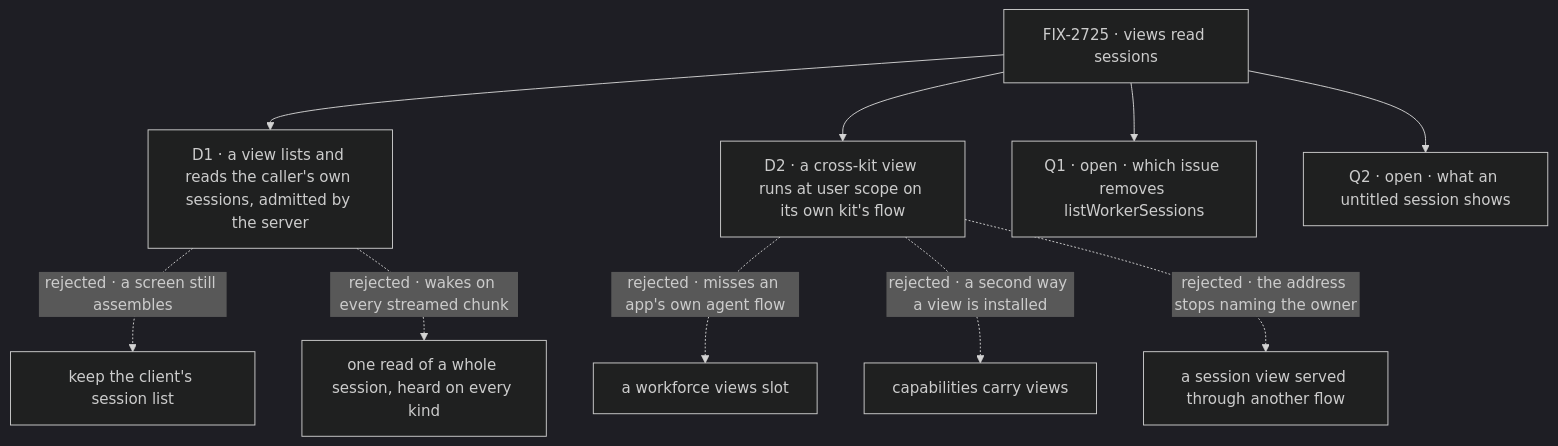
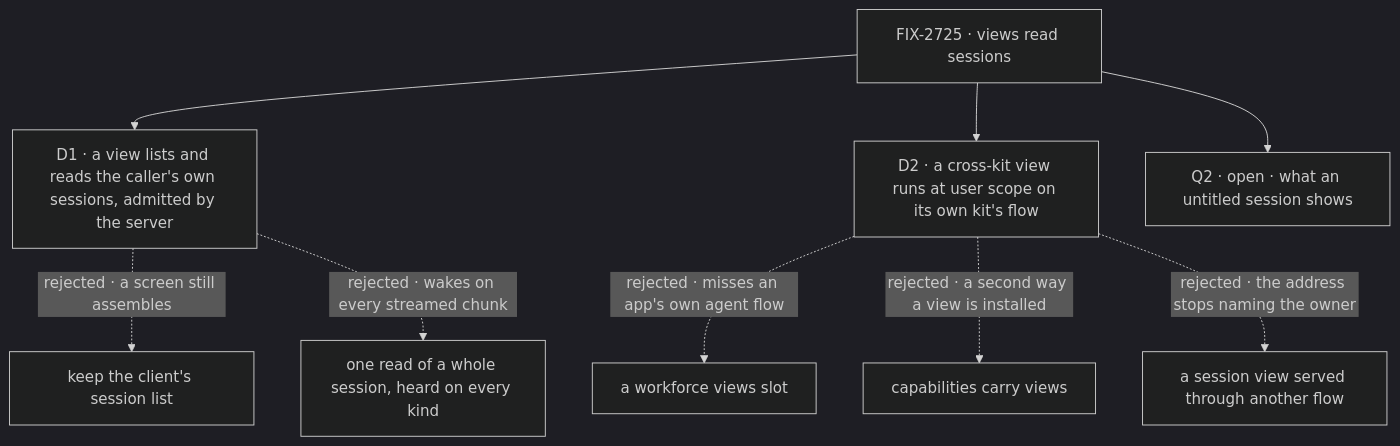
One commit to fixpoint-labs/flow-state-dev changed the diagram in specs/issues/FIX-2725/DECISIONS.md. Above: the diagram before and after it, drawn with Mermaid (dark theme). The commit also changed other lines of this file and 2 other files, not shown here.

````diff
--- a/specs/issues/FIX-2725/DECISIONS.md
+++ b/specs/issues/FIX-2725/DECISIONS.md
@@ -14,12 +14,11 @@
 ```mermaid
 flowchart TD
   I["FIX-2725 · views read sessions"] --> D1["D1 · a view lists and reads the caller's own sessions, admitted by the server"]
   D1 -.->|"rejected · a screen still assembles"| X1["keep the client's session list"]
   D1 -.->|"rejected · wakes on every streamed chunk"| X2["one read of a whole session, heard on every kind"]
   I --> D2["D2 · a cross-kit view runs at user scope on its own kit's flow"]
   D2 -.->|"rejected · misses an app's own agent flow"| X3["a workforce views slot"]
   D2 -.->|"rejected · a second way a view is installed"| X4["capabilities carry views"]
   D2 -.->|"rejected · the address stops naming the owner"| X5["a session view served through another flow"]
-  I --> Q1["Q1 · open · which issue removes listWorkerSessions"]
   I --> Q2["Q2 · open · what an untitled session shows"]
 ```
````
